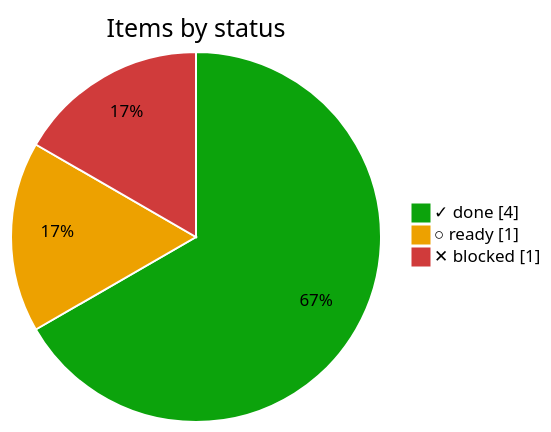
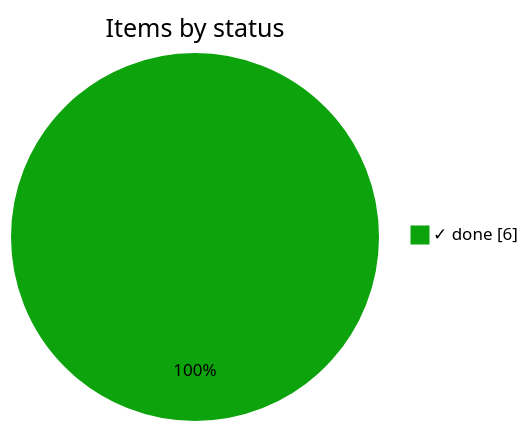
One commit to bvraghav/pmtrack changed the first of 3 diagrams in forges.md. Above: the diagram before and after it, drawn with Mermaid. The commit also changed other lines of this file and 4 other files, not shown here.

````diff
--- a/forges.md
+++ b/forges.md
@@ -7,7 +7,5 @@
 ```mermaid
-%%{init: {"themeVariables": {"pie1": "#0ca30c", "pie2": "#eda100", "pie3": "#d03b3b", "pieOpacity": "1", "pieSectionTextColor": "#000", "pieStrokeColor": "#fff", "pieStrokeWidth": "2px", "pieOuterStrokeWidth": "0px"}}}%%
+%%{init: {"themeVariables": {"pie1": "#0ca30c", "pieOpacity": "1", "pieSectionTextColor": "#000", "pieStrokeColor": "#fff", "pieStrokeWidth": "2px", "pieOuterStrokeWidth": "0px"}}}%%
 pie showData title Items by status
-  "✓ done" : 4
-  "○ ready" : 1
-  "✕ blocked" : 1
+  "✓ done" : 6
 ```
````
